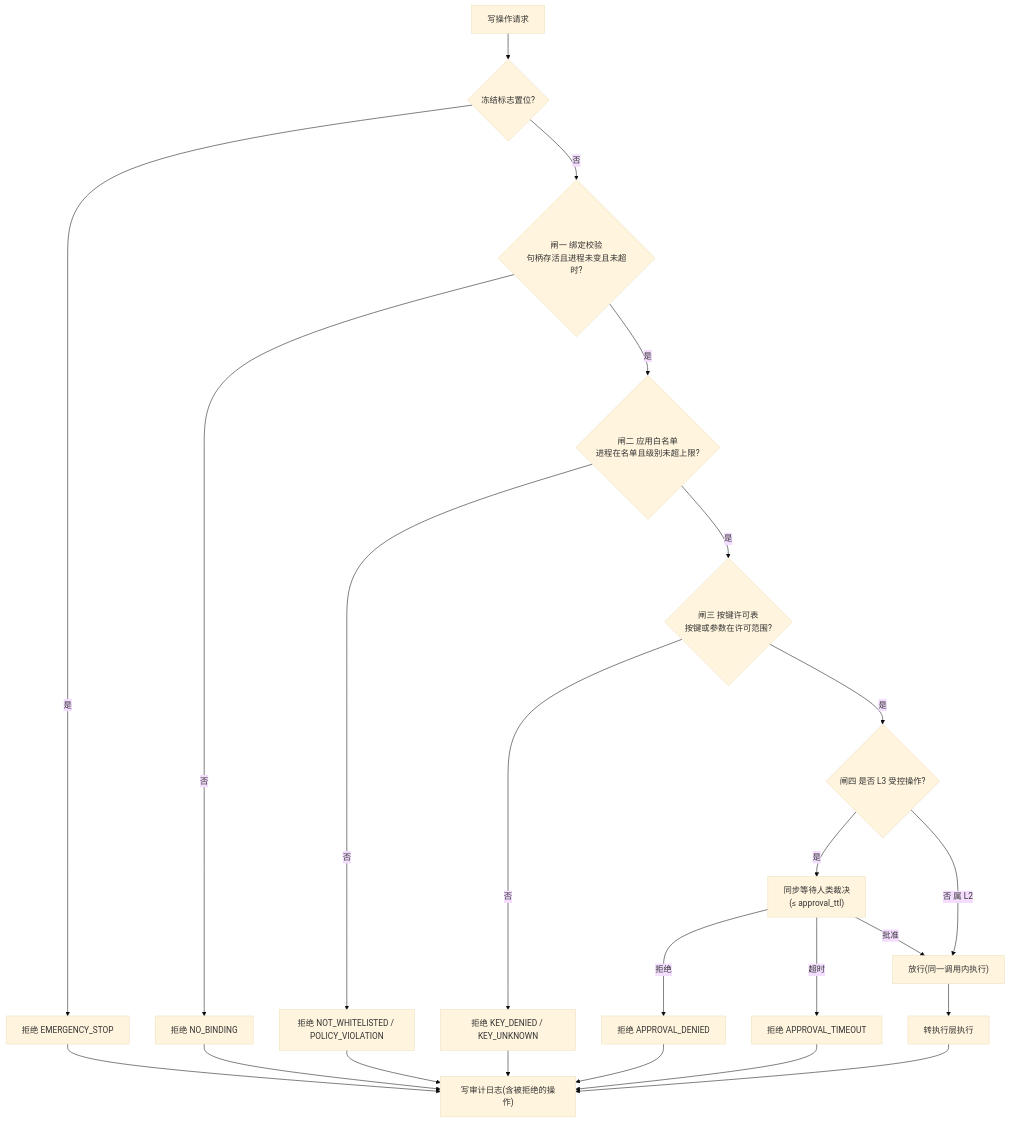
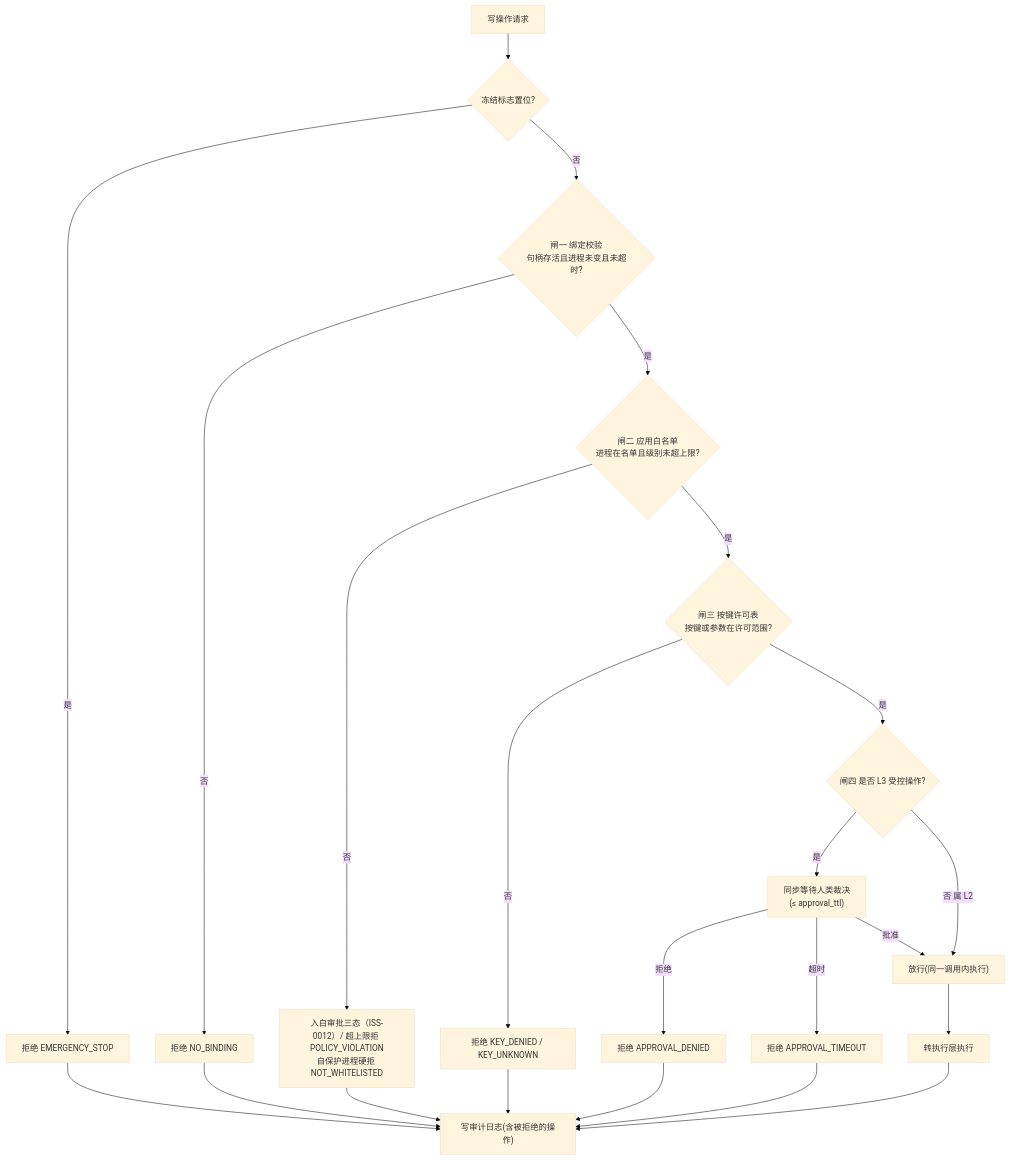
The eighth of 15 diagrams in docs/详细设计说明书.md (Ddfang-sdf/deskpilot), drawn with Mermaid (base theme) before and after one commit. The commit also changed other lines of this file and 25 other files, not shown here.

````diff
--- a/docs/详细设计说明书.md
+++ b/docs/详细设计说明书.md
@@ -719,25 +719,25 @@
 ```mermaid
 flowchart TD
     Req["写操作请求"] --> G0{"冻结标志置位?"}
     G0 -->|"是"| D0["拒绝 EMERGENCY_STOP"]
     G0 -->|"否"| G1{"闸一 绑定校验<br/>句柄存活且进程未变且未超时?"}
     G1 -->|"否"| D1["拒绝 NO_BINDING"]
     G1 -->|"是"| G2{"闸二 应用白名单<br/>进程在名单且级别未超上限?"}
-    G2 -->|"否"| D2["拒绝 NOT_WHITELISTED / POLICY_VIOLATION"]
+    G2 -->|"否"| D2["入白审批三态（ISS-0012）/ 超上限拒 POLICY_VIOLATION<br/>自保护进程硬拒 NOT_WHITELISTED"]
     G2 -->|"是"| G3{"闸三 按键许可表<br/>按键或参数在许可范围?"}
     G3 -->|"否"| D3["拒绝 KEY_DENIED / KEY_UNKNOWN"]
     G3 -->|"是"| G4{"闸四 是否 L3 受控操作?"}
     G4 -->|"是"| U4["同步等待人类裁决<br/>(≤ approval_ttl)"]
     U4 -->|"批准"| Pass["放行(同一调用内执行)"]
     U4 -->|"拒绝"| D4["拒绝 APPROVAL_DENIED"]
     U4 -->|"超时"| D4T["拒绝 APPROVAL_TIMEOUT"]
     G4 -->|"否 属 L2"| Pass
     Pass --> Exec["转执行层执行"]
     D0 --> Aud["写审计日志(含被拒绝的操作)"]
     D1 --> Aud
     D2 --> Aud
     D3 --> Aud
     D4 --> Aud
     D4T --> Aud
     Exec --> Aud
 ```
````
